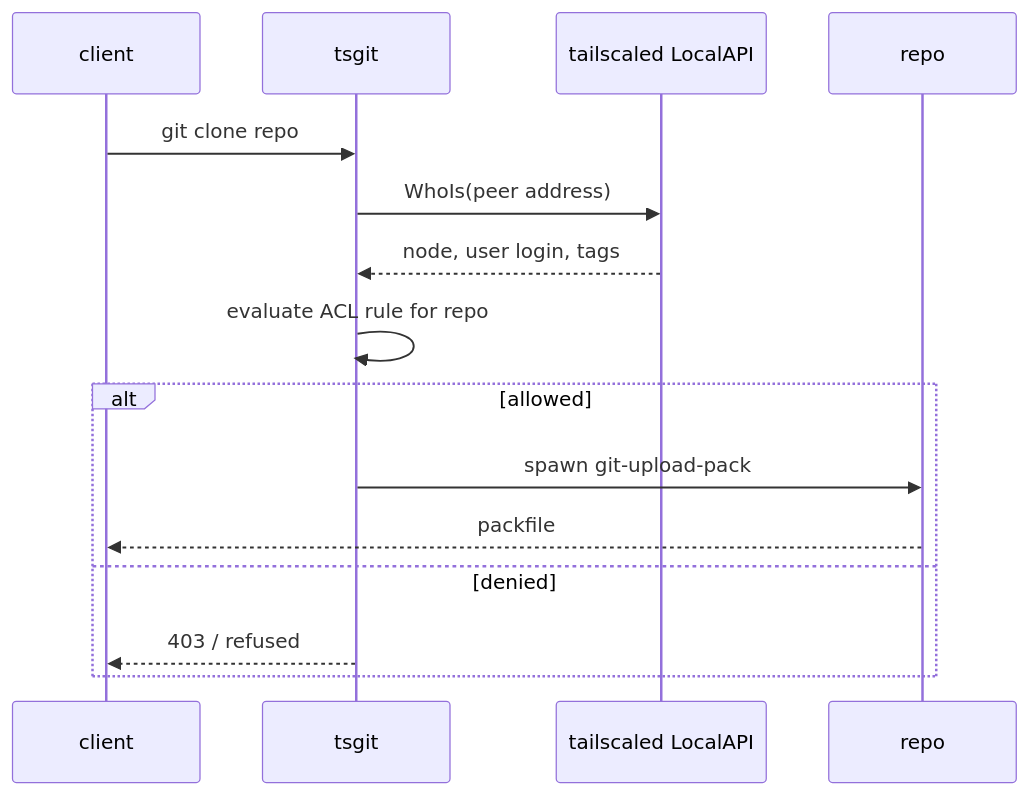
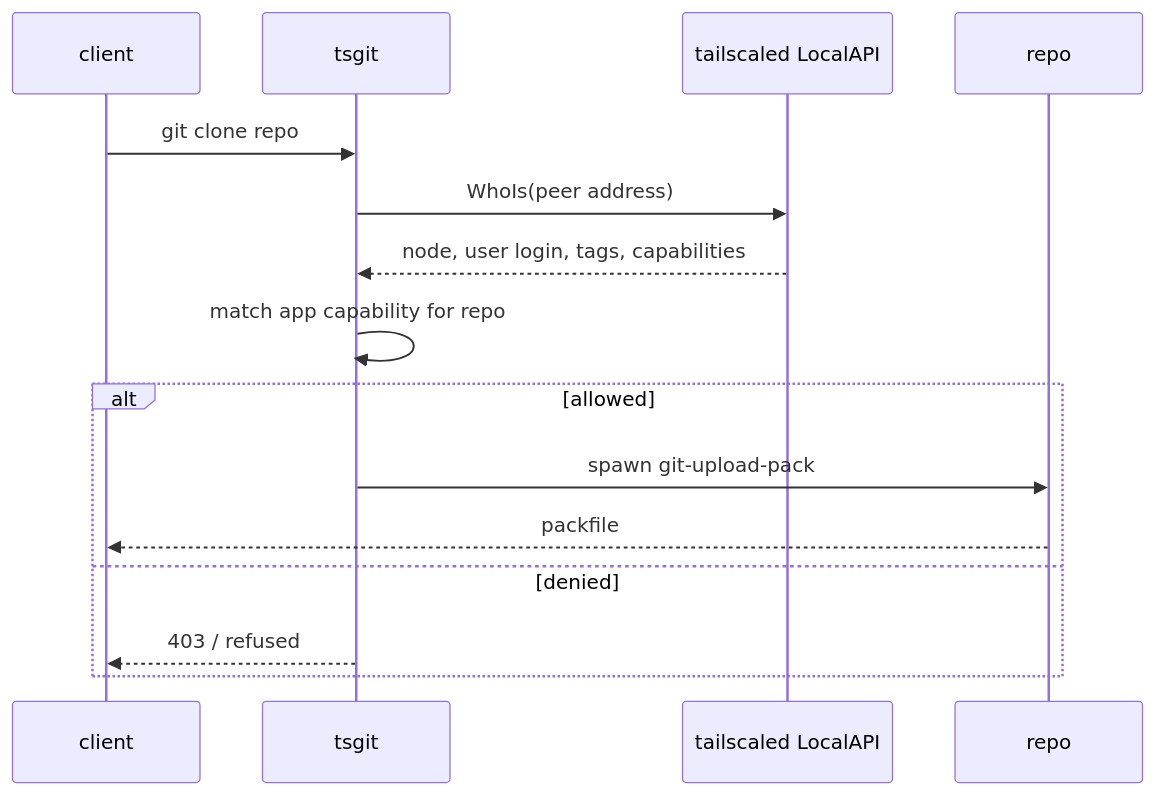
The second of 2 diagrams in docs/architecture.md (kevindurb/tsgit), drawn with Mermaid before and after one commit. The commit also changed other lines of this file and 7 other files, not shown here.

First line of the commit message:
add-ssh-git-serving: authorize from Tailscale app capabilities

````diff
--- a/docs/architecture.md
+++ b/docs/architecture.md
@@ -36,18 +38,18 @@
 ```mermaid
 sequenceDiagram
     participant C as client
     participant T as tsgit
     participant L as tailscaled LocalAPI
     participant R as repo
 
     C->>T: git clone repo
     T->>L: WhoIs(peer address)
-    L-->>T: node, user login, tags
-    T->>T: evaluate ACL rule for repo
+    L-->>T: node, user login, tags, capabilities
+    T->>T: match app capability for repo
     alt allowed
         T->>R: spawn git-upload-pack
         R-->>C: packfile
     else denied
         T-->>C: 403 / refused
     end
 ```
````
